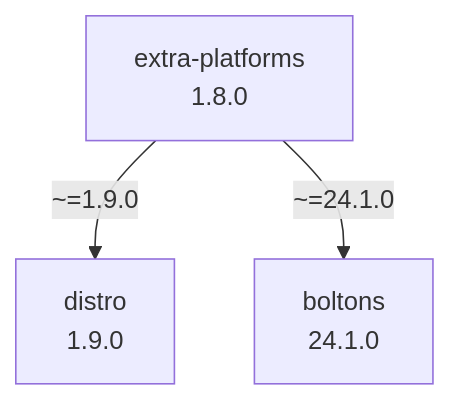
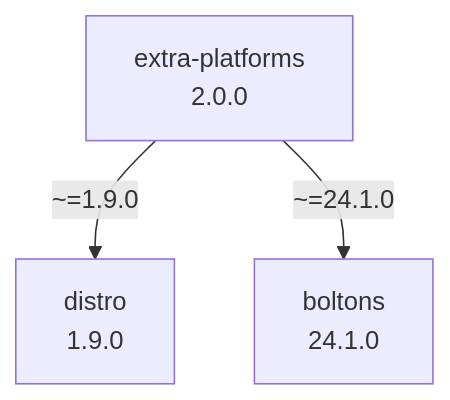
The diagram in docs/assets/dependencies.mmd (kdeldycke/extra-platforms), drawn with Mermaid before and after one commit.

Commit message:
[autofix] Regenerate dependency graph

```diff
--- a/docs/assets/dependencies.mmd
+++ b/docs/assets/dependencies.mmd
@@ -1,7 +1,7 @@
 flowchart TD
     classDef missing stroke-dasharray: 5
     boltons["boltons\n24.1.0"]
     distro["distro\n1.9.0"]
-    extra-platforms["extra-platforms\n1.8.0"]
+    extra-platforms["extra-platforms\n2.0.0"]
     extra-platforms -- "~=1.9.0" --> distro
     extra-platforms -- "~=24.1.0" --> boltons
```
